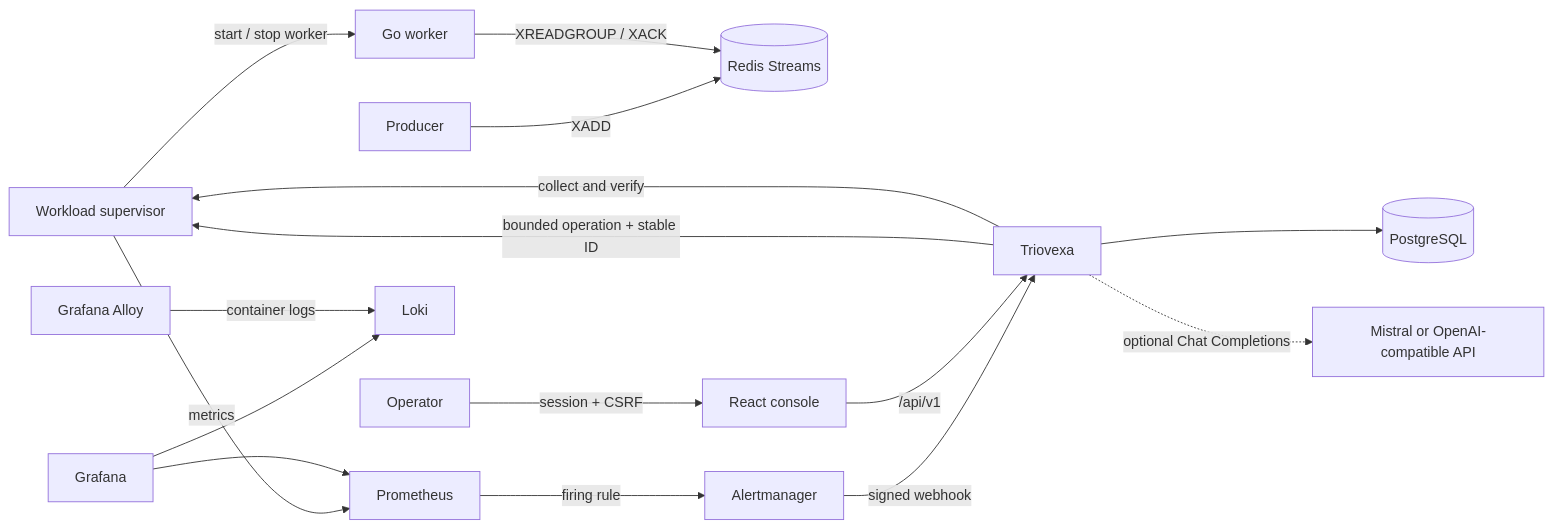
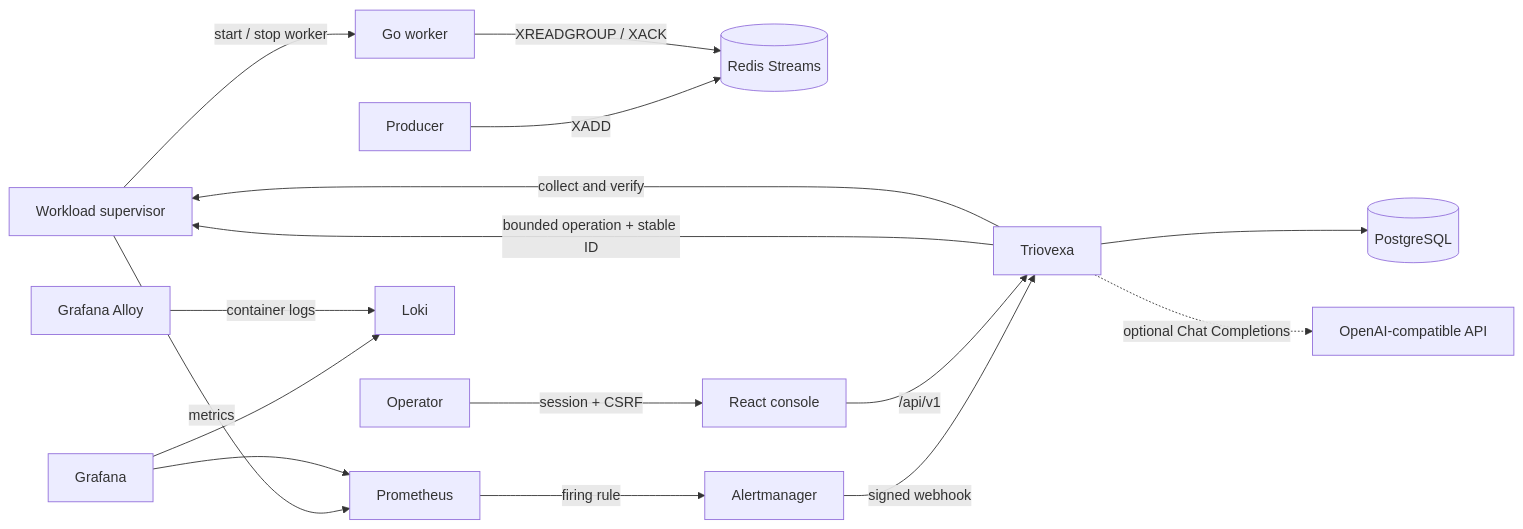
One commit to Cyaside/Triovexa changed the diagram in docs/architecture/final-architecture.md. Above: the diagram before and after it, drawn with Mermaid. The commit also changed other lines of this file and 32 other files, not shown here.

Commit message:
feat: standardize OpenAI-compatible reasoning

````diff
--- a/docs/architecture/final-architecture.md
+++ b/docs/architecture/final-architecture.md
@@ -5,18 +5,18 @@
 ```mermaid
 flowchart LR
     P[Producer] -->|XADD| R[(Redis Streams)]
     W[Go worker] -->|XREADGROUP / XACK| R
     S[Workload supervisor] -->|start / stop worker| W
     S -->|metrics| M[Prometheus]
     M -->|firing rule| A[Alertmanager]
     A -->|signed webhook| T[Triovexa]
     T --> DB[(PostgreSQL)]
     T -->|bounded operation + stable ID| S
     T -->|collect and verify| S
     O[Operator] -->|session + CSRF| UI[React console]
     UI -->|/api/v1| T
     G[Grafana] --> M
     G --> L[Loki]
     AL[Grafana Alloy] -->|container logs| L
-    T -. optional Chat Completions .-> AI[Mistral or OpenAI-compatible API]
+    T -. optional Chat Completions .-> AI[OpenAI-compatible API]
 ```
````
